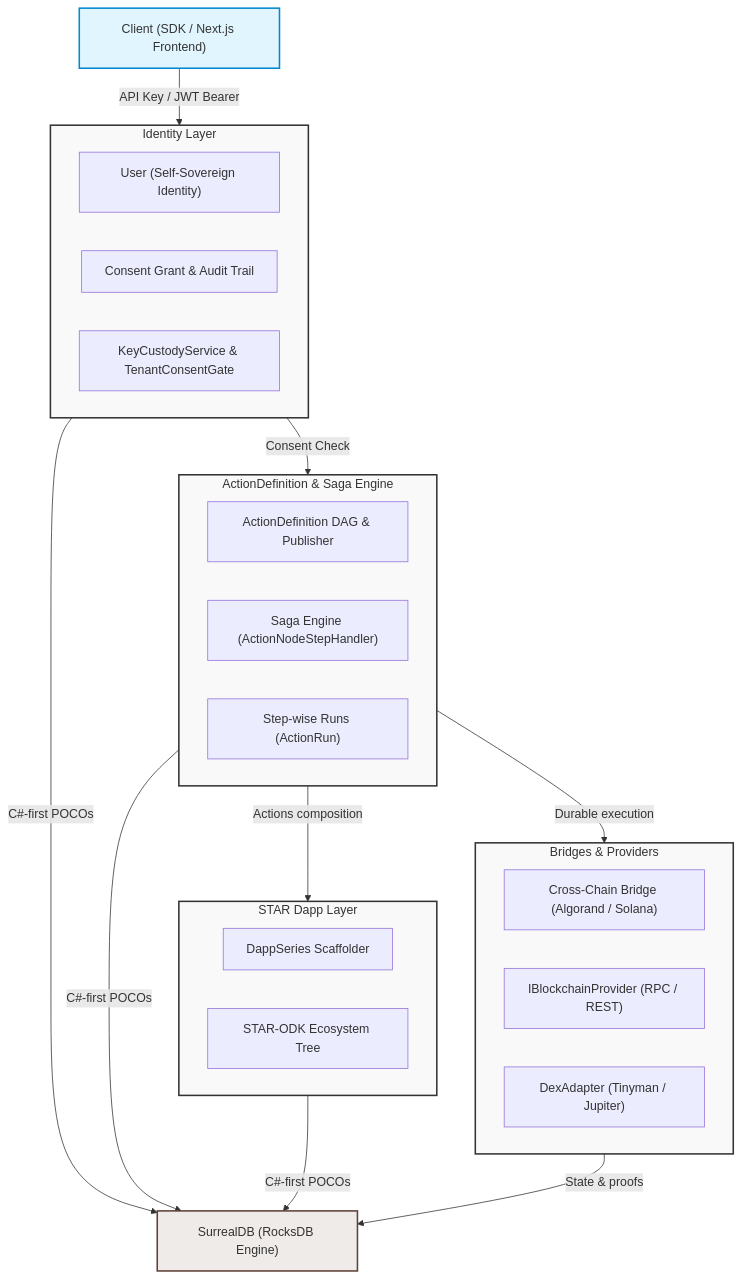
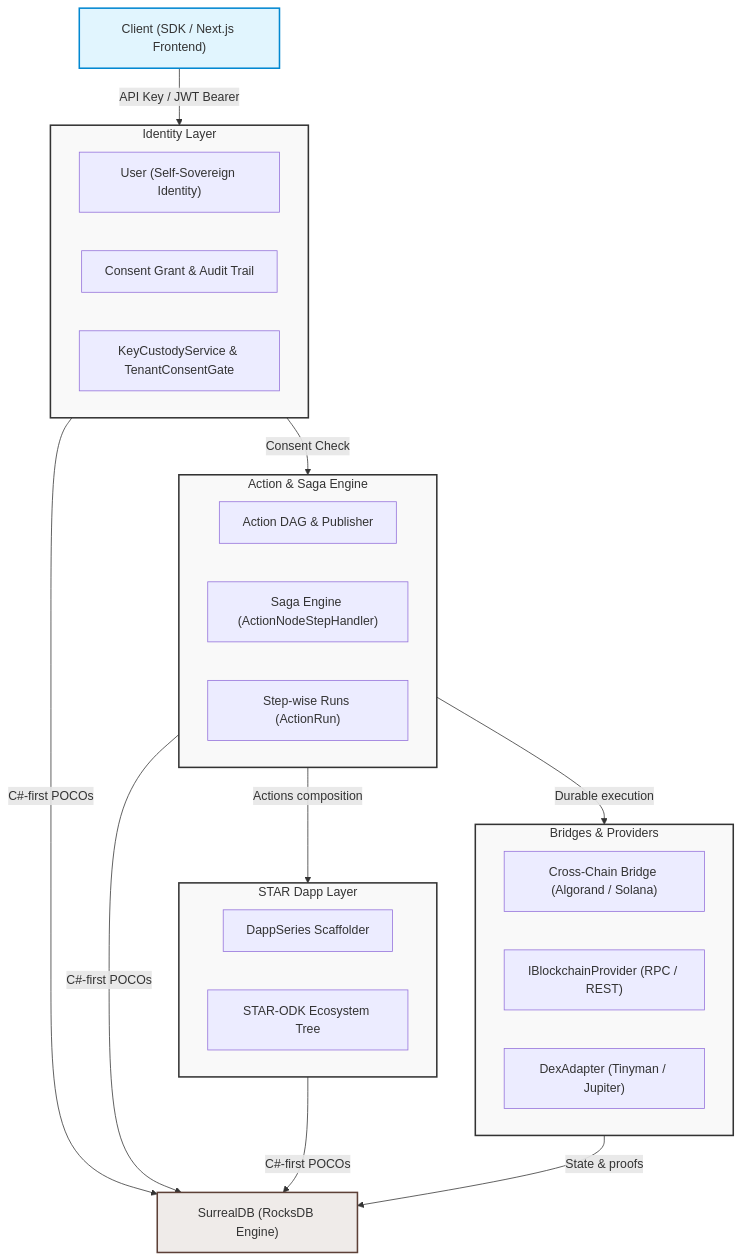
Before and after one commit to JadeZaher/azoa-autonomous-zones-of-action: the first of 5 diagrams in docs/DEV-DOCS.md, drawn with Mermaid. The commit also changed other lines of this file and 169 other files, not shown here.

First line of the commit message:
fix: repair ActionDefinition suffix leaks and stale path citations

````diff
--- a/docs/DEV-DOCS.md
+++ b/docs/DEV-DOCS.md
@@ -14,47 +14,47 @@
 ```mermaid
 graph TD
     classDef layerFill fill:#f9f9f9,stroke:#333,stroke-width:2px;
     classDef clientFill fill:#e1f5fe,stroke:#0288d1,stroke-width:2px;
     classDef persistenceFill fill:#efebe9,stroke:#5d4037,stroke-width:2px;
     
     Client["Client (SDK / Next.js Frontend)"]:::clientFill
     
     subgraph IdentityLayer["Identity Layer"]
         User["User (Self-Sovereign Identity)"]
         Consent["Consent Grant & Audit Trail"]
         Custody["KeyCustodyService & TenantConsentGate"]
     end
     IdentityLayer:::layerFill
 
-    subgraph WorkflowLayer["ActionDefinition & Saga Engine"]
-        ActionDAG["ActionDefinition DAG & Publisher"]
+    subgraph WorkflowLayer["Action & Saga Engine"]
+        ActionDAG["Action DAG & Publisher"]
         SagaRunner["Saga Engine (ActionNodeStepHandler)"]
         Executions["Step-wise Runs (ActionRun)"]
     end
     WorkflowLayer:::layerFill
 
     subgraph CompositionLayer["STAR Dapp Layer"]
         DappSeries["DappSeries Scaffolder"]
         EcoTree["STAR-ODK Ecosystem Tree"]
     end
     CompositionLayer:::layerFill
 
     subgraph ProviderLayer["Bridges & Providers"]
         ChainBridge["Cross-Chain Bridge (Algorand / Solana)"]
         BlockchainProviders["IBlockchainProvider (RPC / REST)"]
         DexAdapters["DexAdapter (Tinyman / Jupiter)"]
     end
     ProviderLayer:::layerFill
 
     Surreal["SurrealDB (RocksDB Engine)"]:::persistenceFill
 
     Client -->|API Key / JWT Bearer| IdentityLayer
     IdentityLayer -->|Consent Check| WorkflowLayer
     WorkflowLayer -->|Actions composition| CompositionLayer
     WorkflowLayer -->|Durable execution| ProviderLayer
     
     IdentityLayer -->|C#-first POCOs| Surreal
     WorkflowLayer -->|C#-first POCOs| Surreal
     CompositionLayer -->|C#-first POCOs| Surreal
     ProviderLayer -->|State & proofs| Surreal
 ```
````
